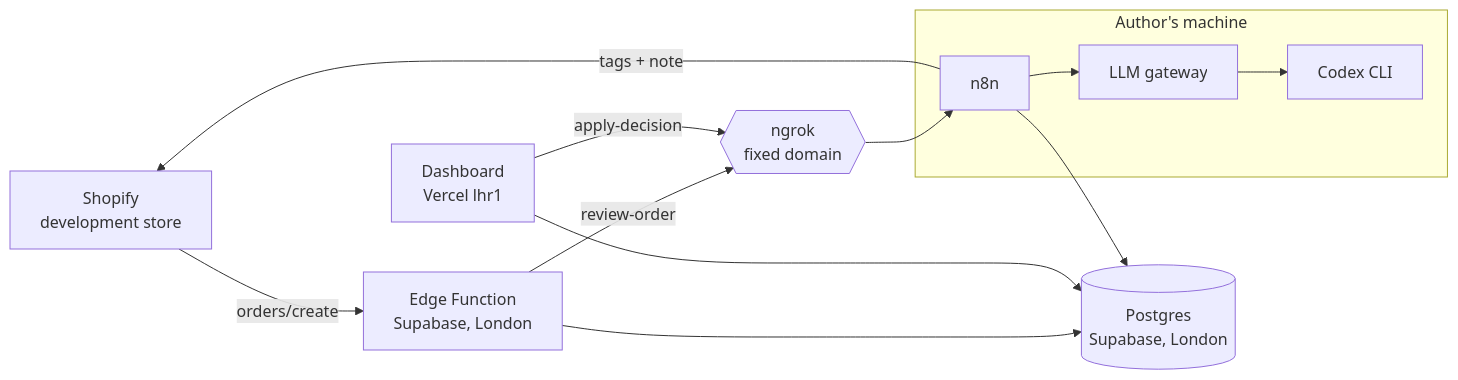
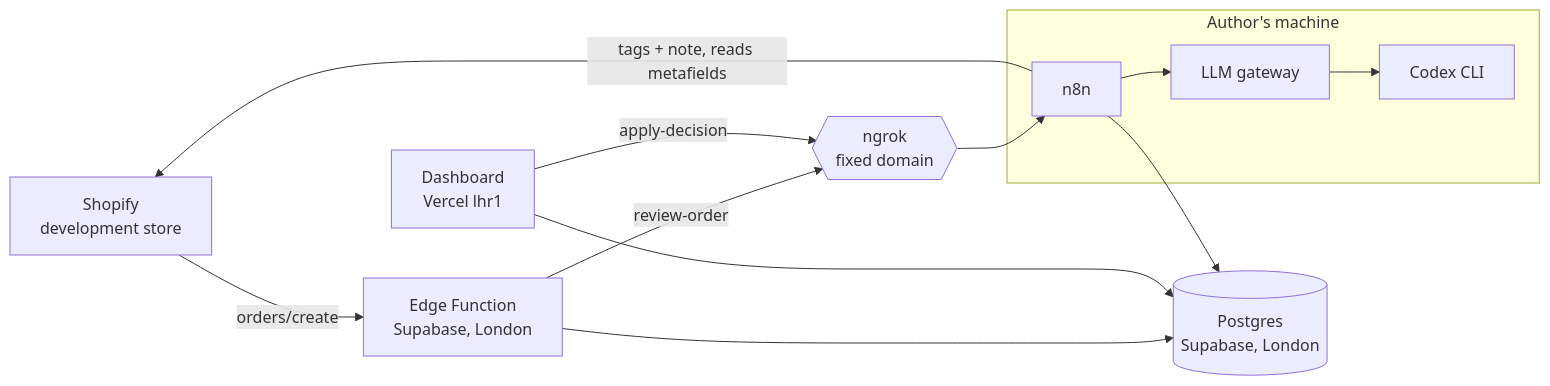
Before and after one commit to SamukDantas/order-ops-copilot: the fourth of 4 diagrams in README.md, drawn with Mermaid. The commit also changed other lines of this file and 3 other files, not shown here.

First line of the commit message:
docs: diagramas e docs alinhados às regras dos metafields

````diff
--- a/README.md
+++ b/README.md
@@ -323,14 +328,14 @@
 ```mermaid
 flowchart LR
     SHOP["Shopify<br/>development store"] -->|orders/create| EF["Edge Function<br/>Supabase, London"]
     EF --> DB[("Postgres<br/>Supabase, London")]
     UI["Dashboard<br/>Vercel lhr1"] --> DB
     EF -->|review-order| T{{"ngrok<br/>fixed domain"}}
     UI -->|apply-decision| T
     subgraph HOST["Author's machine"]
         N8N["n8n"] --> GW["LLM gateway"] --> CODEX["Codex CLI"]
     end
     T --> N8N
     N8N --> DB
-    N8N -->|tags + note| SHOP
+    N8N -->|tags + note, reads metafields| SHOP
 ```
````
